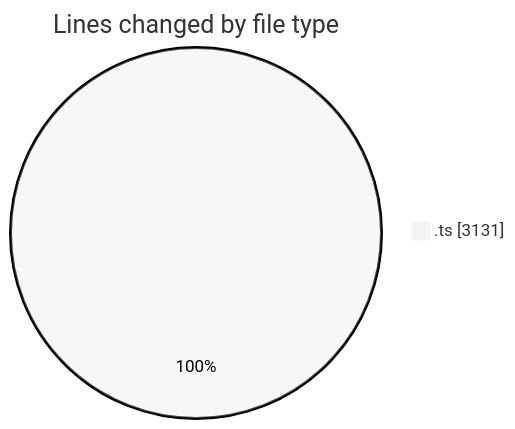
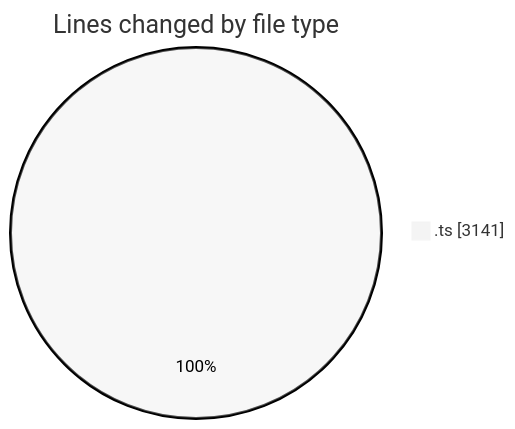
One commit to momahboobian/code-tracking changed the first of 2 diagrams in 2025-06-27/cda/README.md. Above: the diagram before and after it, drawn with Mermaid (neutral theme). The commit also changed other lines of this file and 1 other file, not shown here.

````diff
--- a/2025-06-27/cda/README.md
+++ b/2025-06-27/cda/README.md
@@ -26,5 +26,5 @@
 ```mermaid
 pie showData
 title Lines changed by file type
-".ts" : 3131
+".ts" : 3141
 ```
````
